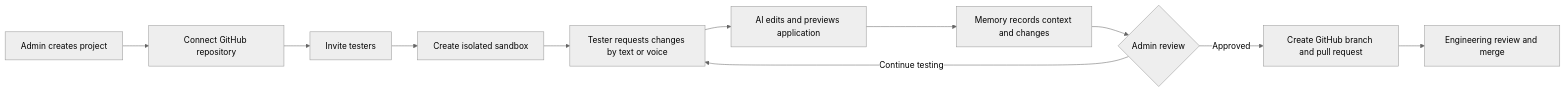
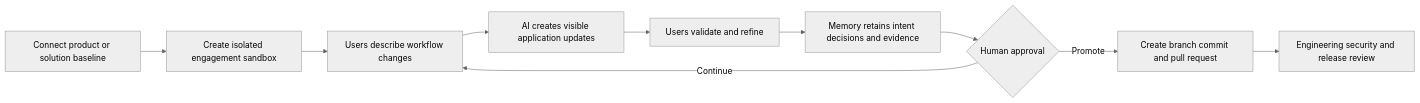
Before and after one commit to amitvikram/FDE-Toolkit: the first of 2 diagrams in README.md, drawn with Mermaid (neutral theme). The commit also changed other lines of this file and 4 other files, not shown here.

````diff
--- a/README.md
+++ b/README.md
@@ -25,13 +61,12 @@
 ```mermaid
 flowchart LR
-    A[Admin creates project] --> B[Connect GitHub repository]
-    B --> C[Invite testers]
-    C --> D[Create isolated sandbox]
-    D --> E[Tester requests changes by text or voice]
-    E --> F[AI edits and previews application]
-    F --> G[Memory records context and changes]
-    G --> H{Admin review}
-    H -->|Continue testing| E
-    H -->|Approved| I[Create GitHub branch and pull request]
-    I --> J[Engineering review and merge]
+    A[Connect product or solution baseline] --> B[Create isolated engagement sandbox]
+    B --> C[Users describe workflow changes]
+    C --> D[AI creates visible application updates]
+    D --> E[Users validate and refine]
+    E --> F[Memory retains intent decisions and evidence]
+    F --> G{Human approval}
+    G -->|Continue| C
+    G -->|Promote| H[Create branch commit and pull request]
+    H --> I[Engineering security and release review]
 ```
````
